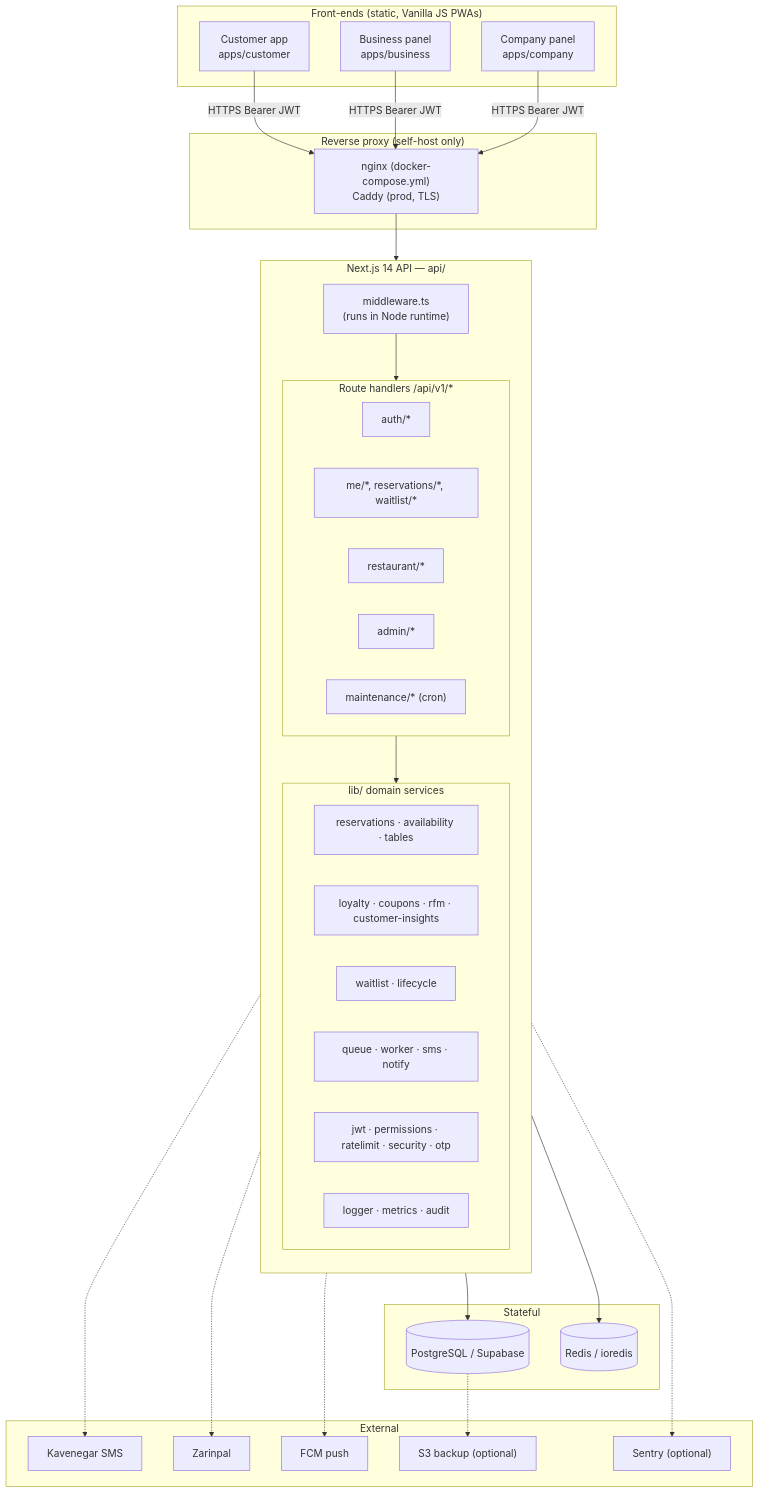
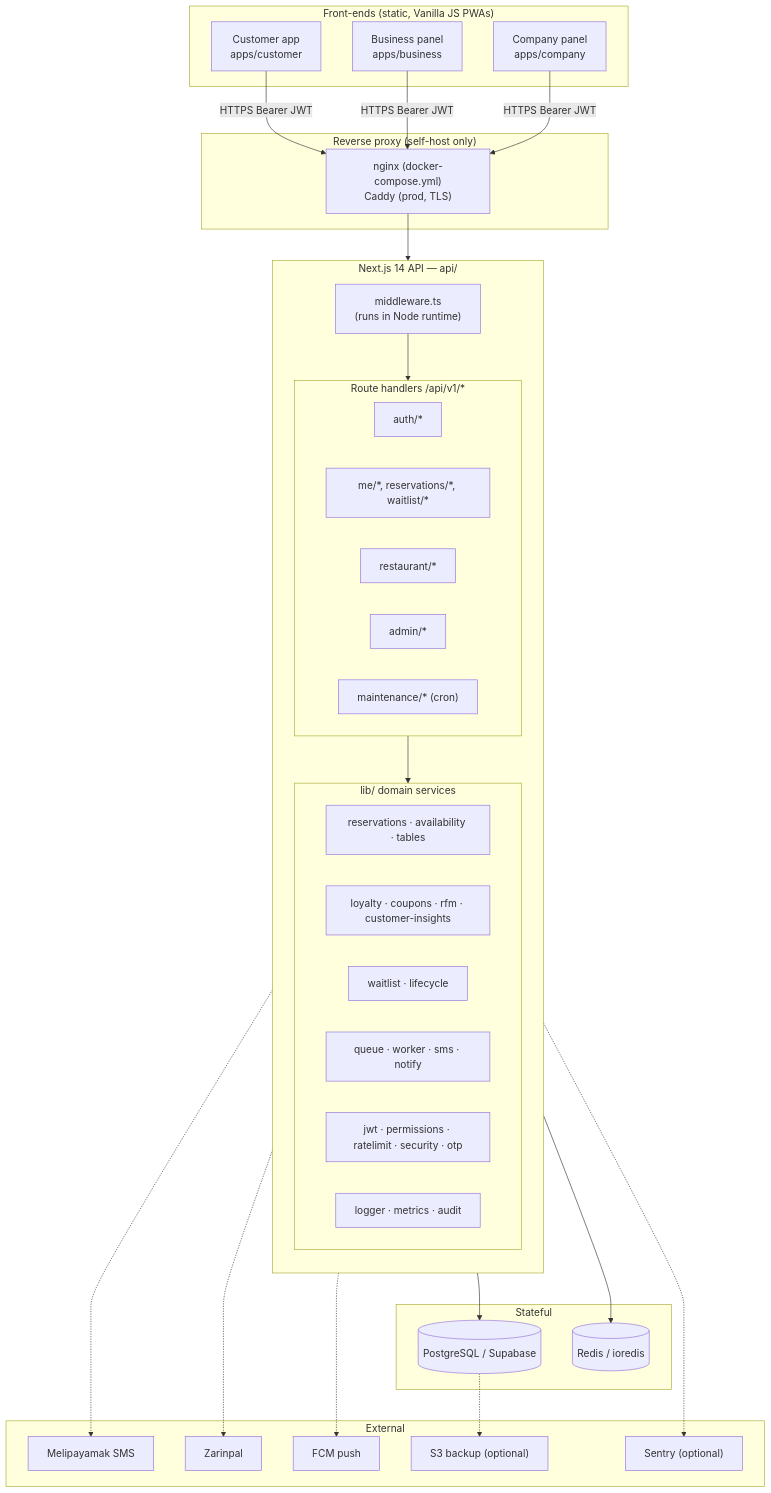
One commit to ardalanazimian/Rezv changed the first of 6 diagrams in docs/ARCHITECTURE.md. Above: the diagram before and after it, drawn with Mermaid. The commit also changed other lines of this file and 32 other files, not shown here.

````diff
--- a/docs/ARCHITECTURE.md
+++ b/docs/ARCHITECTURE.md
@@ -10,50 +10,50 @@
 ```mermaid
 flowchart TB
   subgraph FE["Front-ends (static, Vanilla JS PWAs)"]
     CUS["Customer app<br/>apps/customer"]
     BUS["Business panel<br/>apps/business"]
     COM["Company panel<br/>apps/company"]
   end
 
   subgraph PROXY["Reverse proxy (self-host only)"]
     NG["nginx (docker-compose.yml)<br/>Caddy (prod, TLS)"]
   end
 
   subgraph BE["Next.js 14 API — api/"]
     direction TB
     MW["middleware.ts<br/>(runs in Node runtime)"]
     subgraph HANDLERS["Route handlers /api/v1/*"]
       AUTH["auth/*"]
       CUST["me/*, reservations/*, waitlist/*"]
       REST["restaurant/*"]
       ADMIN["admin/*"]
       MAINT["maintenance/* (cron)"]
     end
     subgraph SVC["lib/ domain services"]
       RESV["reservations · availability · tables"]
       LOY["loyalty · coupons · rfm · customer-insights"]
       WL["waitlist · lifecycle"]
       Q["queue · worker · sms · notify"]
       SEC["jwt · permissions · ratelimit · security · otp"]
       OBS["logger · metrics · audit"]
     end
   end
 
   subgraph STORE["Stateful"]
     PG[("PostgreSQL / Supabase")]
     RD[("Redis / ioredis")]
   end
 
   subgraph EXT["External"]
-    KAV["Kavenegar SMS"]
+    KAV["Melipayamak SMS"]
     ZAR["Zarinpal"]
     FCM["FCM push"]
     S3["S3 backup (optional)"]
     SENTRY["Sentry (optional)"]
   end
 
   CUS & BUS & COM -->|HTTPS Bearer JWT| NG --> MW --> HANDLERS --> SVC
   SVC --> PG & RD
   SVC -.-> KAV & ZAR & FCM & SENTRY
   PG -.-> S3
 ```
````
